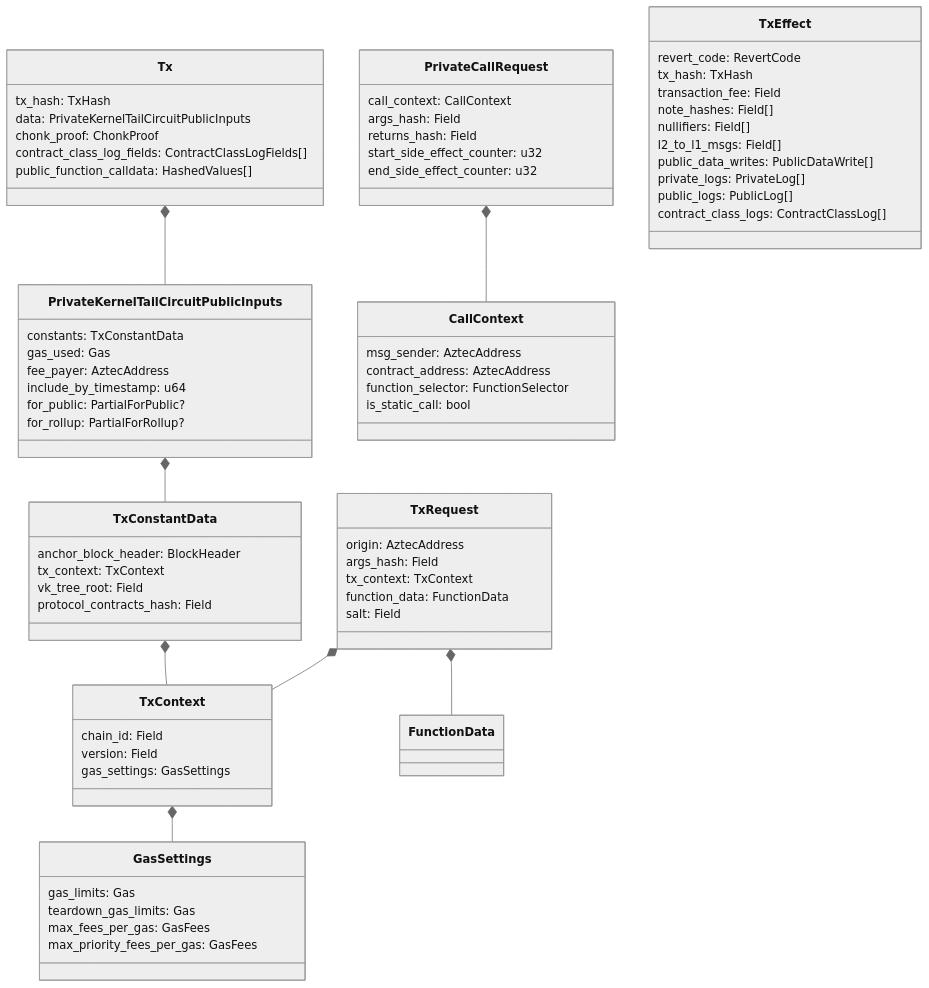
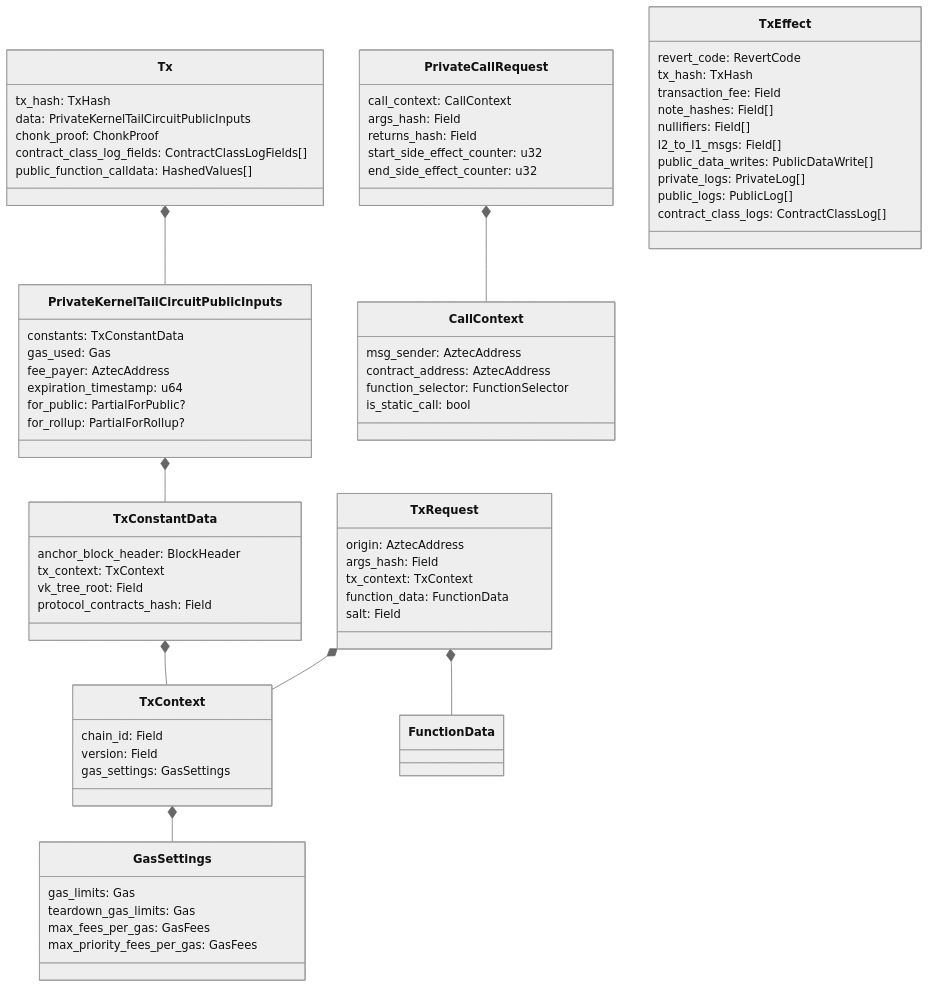
The third of 3 diagrams in specs/05-transactions.md (AztecProtocol/aztec-packages), drawn with Mermaid (neutral theme) before and after one commit. The commit also changed other lines of this file, not shown here.

```diff
--- a/specs/05-transactions.md
+++ b/specs/05-transactions.md
@@ -669,7 +669,7 @@
         constants: TxConstantData
         gas_used: Gas
         fee_payer: AztecAddress
-        include_by_timestamp: u64
+        expiration_timestamp: u64
         for_public: PartialForPublic?
         for_rollup: PartialForRollup?
     }
```
